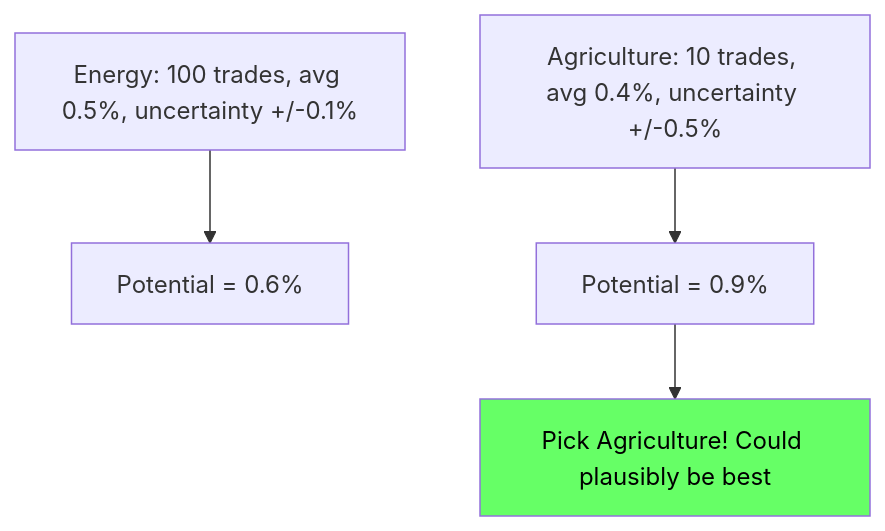
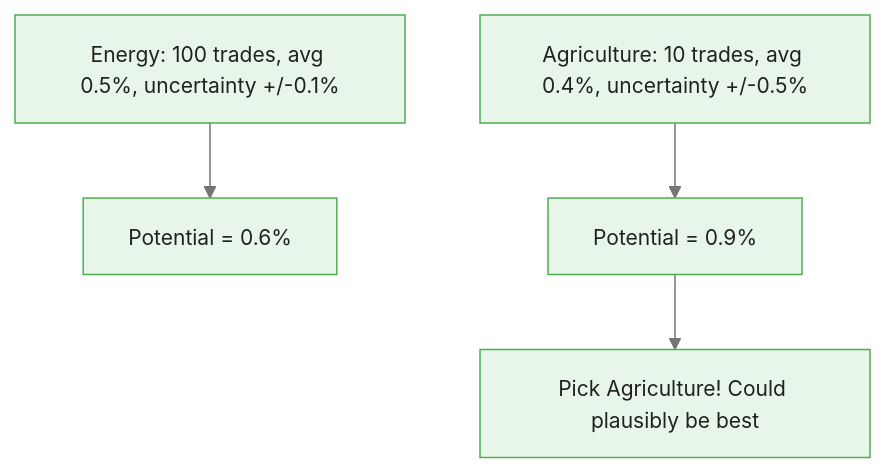
One commit to m-deane/course-creator changed the second of 4 diagrams in courses/multi-armed-bandits-ab-testing/modules/module_01_bandit_algorithms/guides/02_upper_confidence_bound_slides.md. Above: the diagram before and after it, drawn with Mermaid. The commit also changed other lines of this file and 146 other files, not shown here.

````diff
--- a/courses/multi-armed-bandits-ab-testing/modules/module_01_bandit_algorithms/guides/02_upper_confidence_bound_slides.md
+++ b/courses/multi-armed-bandits-ab-testing/modules/module_01_bandit_algorithms/guides/02_upper_confidence_bound_slides.md
@@ -137,7 +166,7 @@
 ```mermaid
+%%{init: {"theme": "base", "themeVariables": {"primaryColor": "#e8f5e9", "primaryBorderColor": "#4caf50", "primaryTextColor": "#212121", "secondaryColor": "#e3f2fd", "tertiaryColor": "#fff8e1", "lineColor": "#757575", "fontFamily": "Inter, sans-serif", "fontSize": "14px"}}}%%
 flowchart TD
     E["Energy: 100 trades, avg 0.5%, uncertainty +/-0.1%"] --> EP["Potential = 0.6%"]
     A["Agriculture: 10 trades, avg 0.4%, uncertainty +/-0.5%"] --> AP["Potential = 0.9%"]
     AP --> Pick["Pick Agriculture! Could plausibly be best"]
-    style Pick fill:#6f6,color:#000
 ```
````
